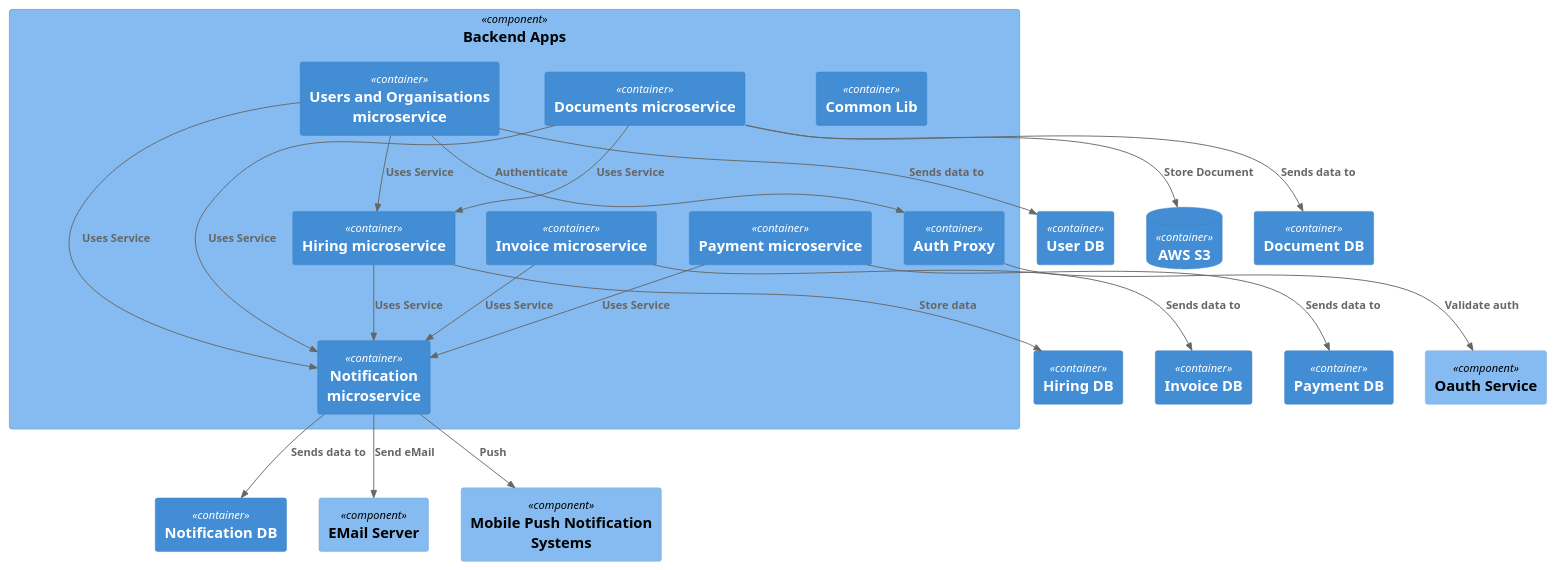
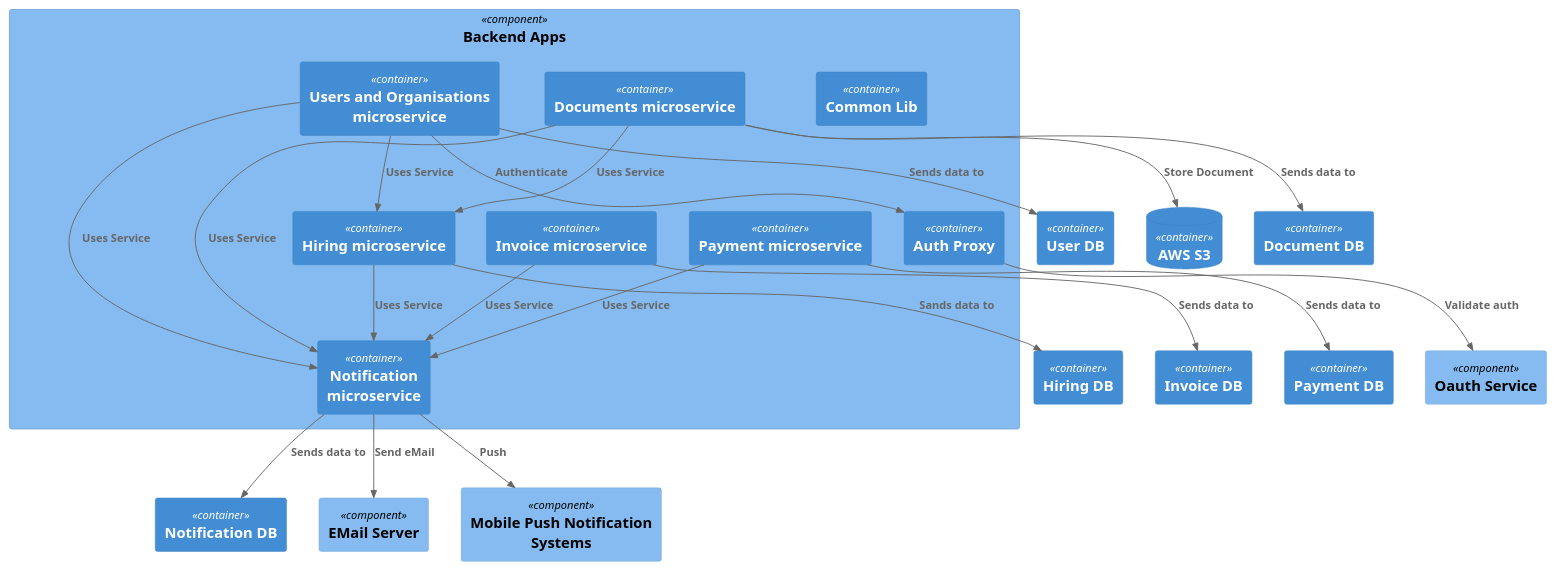
The diagram in examples/tadaah/icePanel-C4-3-Backend_Apps.puml (brunasti/icepanel-tools), drawn with PlantUML before and after one commit. The commit also changed 8 other files, not shown here.

Commit message:
Updated Tadaah diagrams

```diff
--- a/examples/tadaah/icePanel-C4-3-Backend_Apps.puml
+++ b/examples/tadaah/icePanel-C4-3-Backend_Apps.puml
@@ -1,85 +1,85 @@
 @startuml
 'https://plantuml.com/class-diagram
 ' CONVERT ICEPANEL DIAGRAM ===========
 ' Converter          : it.brunasti.icepanel.tools.IcePanelToPlantUmlConverter
 ' IcePanel JSON File : [./examples/tadaah/tadaah-001.json]
 ' Configuration      : [./examples/tadaah/config.json]
-' Generated at       : Fri Jan 10 14:30:43 CET 2025
+' Generated at       : Fri Jan 10 17:22:14 CET 2025
 
 !include https://raw.githubusercontent.com/plantuml-stdlib/C4-PlantUML/master/C4_Context.puml
 !include https://raw.githubusercontent.com/plantuml-stdlib/C4-PlantUML/master/C4_Component.puml
 
 
 
 Component(LXvhwDpIAwiWY9cfveXB, "Backend Apps", "") { 
     ' CLASSES =======
     Container(xujXNZvKo0NhWwHHnzNi, "Payment microservice", "", "")
     Container(jXlbjUjjr2WB6pexPMxU, "Invoice microservice", "", "")
     Container(zIMMYLB32509d1pPM9ef, "Common Lib", "", "")
     Container(E7di0Acs7tcqBfqOKmWa, "Documents microservice", "", "")
     Container(OJhfZ67lBSzo6O8q5N5D, "Hiring microservice", "", "")
     Container(xNzhCu9TkahbVVVwZMa7, "Notification microservice", "", "")
     Container(VNmHaS6AUVW37Ia1oIKo, "Auth Proxy", "", "")
     Container(OW3XMbiGuD47ot1uwmK9, "Users and Organisations microservice", "", "")
 }
 
 
 ' NEIGHBOR CLASSES =======
 Container(0tsl8NoqQthetjG1IfCY, "Payment DB", "", "")
 ContainerDb(Crj6OVjno3V3VzBN9ZV7, "AWS S3", "", "")
 Container(iHxJuDcOScVk3PbjBcJm, "Notification DB", "", "")
 Container(AtImPU6py93rBswwEwtO, "Invoice DB", "", "")
 Container(XaKbISuZOfRaAYbo9UM9, "Hiring DB", "", "")
 Component(lBh7KhgVrh9fCPMlt1PE, "Oauth Service", "")
 Component(TUJ4gE8Z8W1QkQOuPH4W, "EMail Server", "")
 Container(uzTJfXJ4WIOTbEyYvR2M, "Document DB", "", "")
 Component(2JDmHPAMah1HIF7dqy8m, "Mobile Push Notification Systems", "")
 Container(K7gvMXFEhBLyFvU9emlk, "User DB", "", "")
 
 
 ' SUB DIAGRAM CONNECTIONS ======= Base : [LXvhwDpIAwiWY9cfveXB]
 ' CONNECTION : [Uses] [zIMMYLB32509d1pPM9ef] [xujXNZvKo0NhWwHHnzNi] [null]
 ' CONNECTION : [Uses Service] [OW3XMbiGuD47ot1uwmK9] [OJhfZ67lBSzo6O8q5N5D] [outgoing]
 Rel(OW3XMbiGuD47ot1uwmK9, OJhfZ67lBSzo6O8q5N5D, "Uses Service" )
 ' CONNECTION : [Sends data to] [xujXNZvKo0NhWwHHnzNi] [0tsl8NoqQthetjG1IfCY] [outgoing]
 Rel(xujXNZvKo0NhWwHHnzNi, 0tsl8NoqQthetjG1IfCY, "Sends data to" )
 ' CONNECTION : [Authenticate] [OW3XMbiGuD47ot1uwmK9] [VNmHaS6AUVW37Ia1oIKo] [outgoing]
 Rel(OW3XMbiGuD47ot1uwmK9, VNmHaS6AUVW37Ia1oIKo, "Authenticate" )
 ' CONNECTION : [Sends data to] [E7di0Acs7tcqBfqOKmWa] [uzTJfXJ4WIOTbEyYvR2M] [outgoing]
 Rel(E7di0Acs7tcqBfqOKmWa, uzTJfXJ4WIOTbEyYvR2M, "Sends data to" )
 ' CONNECTION : [Uses Service] [jXlbjUjjr2WB6pexPMxU] [xNzhCu9TkahbVVVwZMa7] [outgoing]
 Rel(jXlbjUjjr2WB6pexPMxU, xNzhCu9TkahbVVVwZMa7, "Uses Service" )
 ' CONNECTION : [Uses] [zIMMYLB32509d1pPM9ef] [OW3XMbiGuD47ot1uwmK9] [null]
 ' CONNECTION : [Uses] [zIMMYLB32509d1pPM9ef] [jXlbjUjjr2WB6pexPMxU] [null]
 ' CONNECTION : [Push] [xNzhCu9TkahbVVVwZMa7] [2JDmHPAMah1HIF7dqy8m] [outgoing]
 Rel(xNzhCu9TkahbVVVwZMa7, 2JDmHPAMah1HIF7dqy8m, "Push" )
 ' CONNECTION : [Uses Service] [E7di0Acs7tcqBfqOKmWa] [xNzhCu9TkahbVVVwZMa7] [outgoing]
 Rel(E7di0Acs7tcqBfqOKmWa, xNzhCu9TkahbVVVwZMa7, "Uses Service" )
 ' CONNECTION : [Uses Service] [xujXNZvKo0NhWwHHnzNi] [xNzhCu9TkahbVVVwZMa7] [outgoing]
 Rel(xujXNZvKo0NhWwHHnzNi, xNzhCu9TkahbVVVwZMa7, "Uses Service" )
 ' CONNECTION : [Send eMail] [xNzhCu9TkahbVVVwZMa7] [TUJ4gE8Z8W1QkQOuPH4W] [outgoing]
 Rel(xNzhCu9TkahbVVVwZMa7, TUJ4gE8Z8W1QkQOuPH4W, "Send eMail" )
 ' CONNECTION : [Uses] [zIMMYLB32509d1pPM9ef] [E7di0Acs7tcqBfqOKmWa] [null]
 ' CONNECTION : [Sends data to] [OW3XMbiGuD47ot1uwmK9] [K7gvMXFEhBLyFvU9emlk] [outgoing]
 Rel(OW3XMbiGuD47ot1uwmK9, K7gvMXFEhBLyFvU9emlk, "Sends data to" )
 ' CONNECTION : [Sends data to] [jXlbjUjjr2WB6pexPMxU] [AtImPU6py93rBswwEwtO] [outgoing]
 Rel(jXlbjUjjr2WB6pexPMxU, AtImPU6py93rBswwEwtO, "Sends data to" )
-' CONNECTION : [Store data] [OJhfZ67lBSzo6O8q5N5D] [XaKbISuZOfRaAYbo9UM9] [outgoing]
-Rel(OJhfZ67lBSzo6O8q5N5D, XaKbISuZOfRaAYbo9UM9, "Store data" )
+' CONNECTION : [Sands data to] [OJhfZ67lBSzo6O8q5N5D] [XaKbISuZOfRaAYbo9UM9] [outgoing]
+Rel(OJhfZ67lBSzo6O8q5N5D, XaKbISuZOfRaAYbo9UM9, "Sands data to" )
 ' CONNECTION : [Sends data to] [xNzhCu9TkahbVVVwZMa7] [iHxJuDcOScVk3PbjBcJm] [outgoing]
 Rel(xNzhCu9TkahbVVVwZMa7, iHxJuDcOScVk3PbjBcJm, "Sends data to" )
 ' CONNECTION : [Uses Service] [E7di0Acs7tcqBfqOKmWa] [OJhfZ67lBSzo6O8q5N5D] [outgoing]
 Rel(E7di0Acs7tcqBfqOKmWa, OJhfZ67lBSzo6O8q5N5D, "Uses Service" )
 ' CONNECTION : [Uses Service] [OJhfZ67lBSzo6O8q5N5D] [xNzhCu9TkahbVVVwZMa7] [outgoing]
 Rel(OJhfZ67lBSzo6O8q5N5D, xNzhCu9TkahbVVVwZMa7, "Uses Service" )
 ' CONNECTION : [Store Document] [E7di0Acs7tcqBfqOKmWa] [Crj6OVjno3V3VzBN9ZV7] [outgoing]
 Rel(E7di0Acs7tcqBfqOKmWa, Crj6OVjno3V3VzBN9ZV7, "Store Document" )
 ' CONNECTION : [Uses] [zIMMYLB32509d1pPM9ef] [xNzhCu9TkahbVVVwZMa7] [null]
 ' CONNECTION : [Uses] [zIMMYLB32509d1pPM9ef] [OJhfZ67lBSzo6O8q5N5D] [null]
 ' CONNECTION : [Uses Service] [OW3XMbiGuD47ot1uwmK9] [xNzhCu9TkahbVVVwZMa7] [outgoing]
 Rel(OW3XMbiGuD47ot1uwmK9, xNzhCu9TkahbVVVwZMa7, "Uses Service" )
 ' CONNECTION : [Validate auth] [VNmHaS6AUVW37Ia1oIKo] [lBh7KhgVrh9fCPMlt1PE] [outgoing]
 Rel(VNmHaS6AUVW37Ia1oIKo, lBh7KhgVrh9fCPMlt1PE, "Validate auth" )
 
 
 @enduml
```
